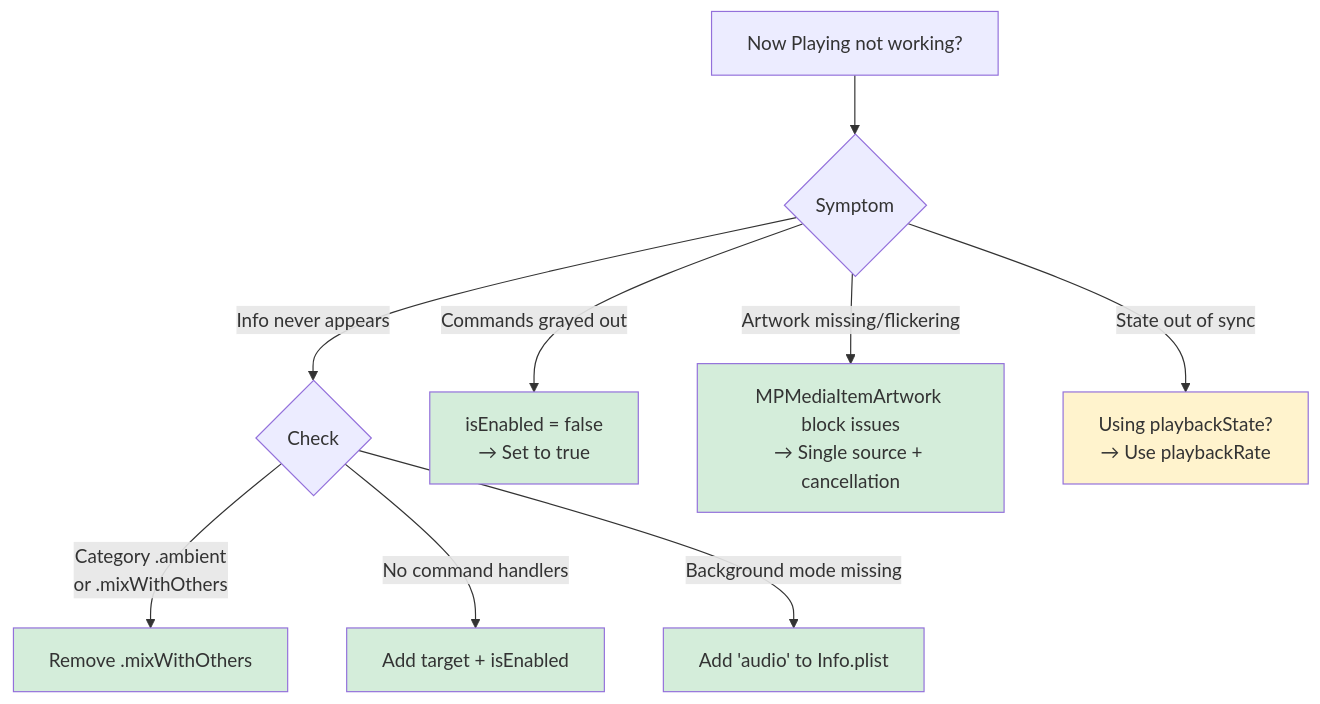
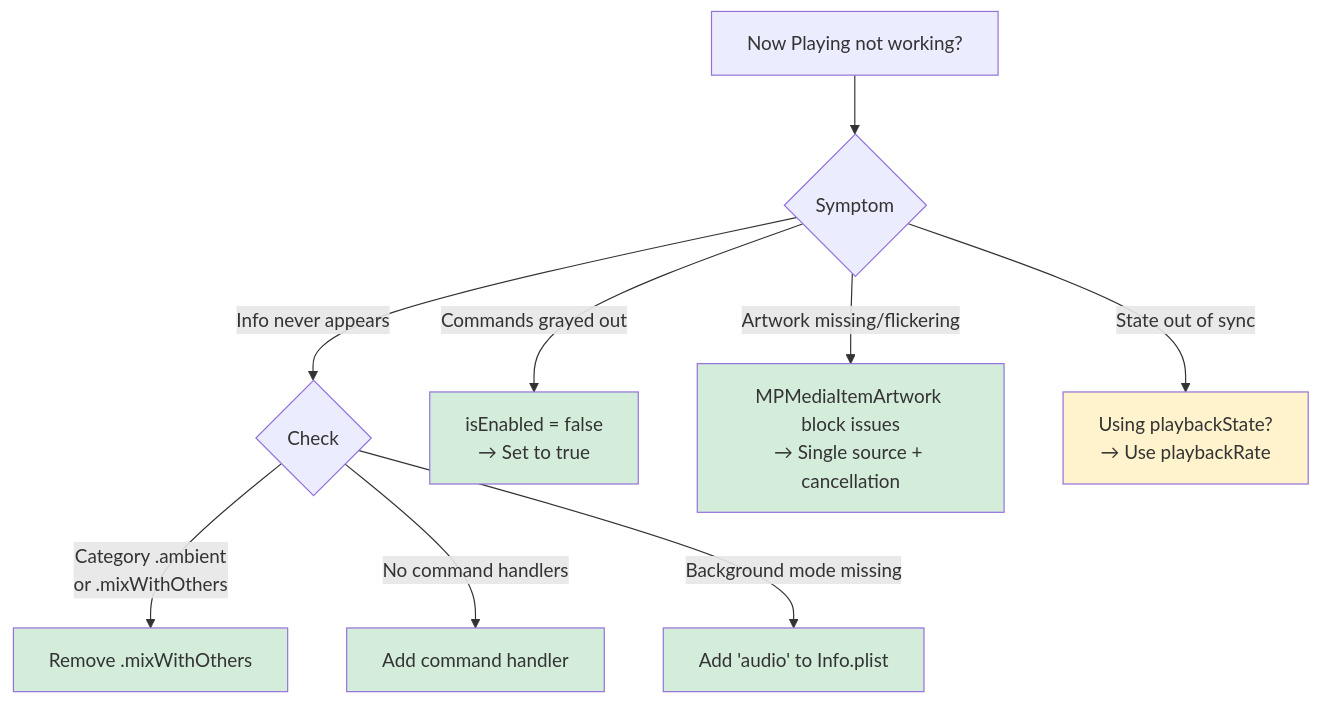
The diagram in docs/skills/integration/now-playing.md (CharlesWiltgen/Axiom), drawn with Mermaid before and after one commit. The commit also changed other lines of this file and 41 other files, not shown here.

````diff
--- a/docs/skills/integration/now-playing.md
+++ b/docs/skills/integration/now-playing.md
@@ -122,19 +121,19 @@
 ```mermaid
 flowchart TD
     A[Now Playing not working?] --> B{Symptom}
     B -->|Info never appears| C{Check}
     B -->|Commands grayed out| D["isEnabled = false<br/>→ Set to true"]
     B -->|Artwork missing/flickering| E["MPMediaItemArtwork block issues<br/>→ Single source + cancellation"]
     B -->|State out of sync| F["Using playbackState?<br/>→ Use playbackRate"]
 
     C -->|Category .ambient<br/>or .mixWithOthers| G[Remove .mixWithOthers]
-    C -->|No command handlers| H[Add target + isEnabled]
+    C -->|No command handlers| H[Add command handler]
     C -->|Background mode missing| I["Add 'audio' to Info.plist"]
 
     style D fill:#d4edda
     style E fill:#d4edda
     style F fill:#fff3cd
     style G fill:#d4edda
     style H fill:#d4edda
     style I fill:#d4edda
 ```
````
